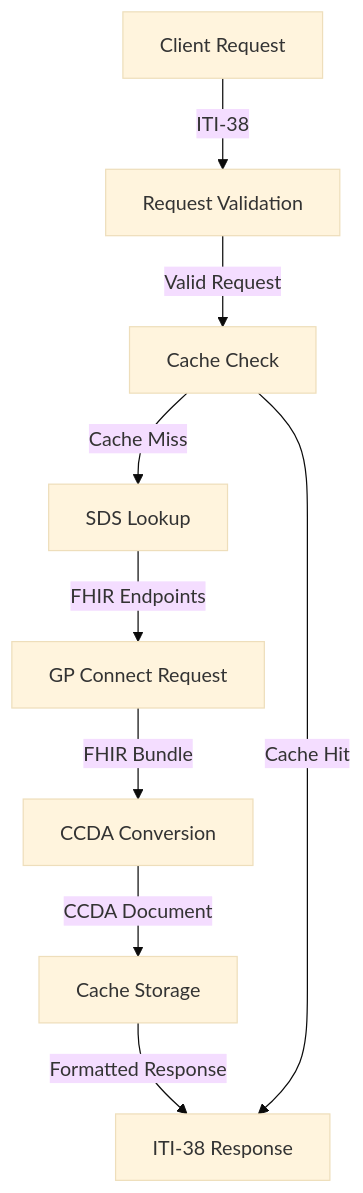
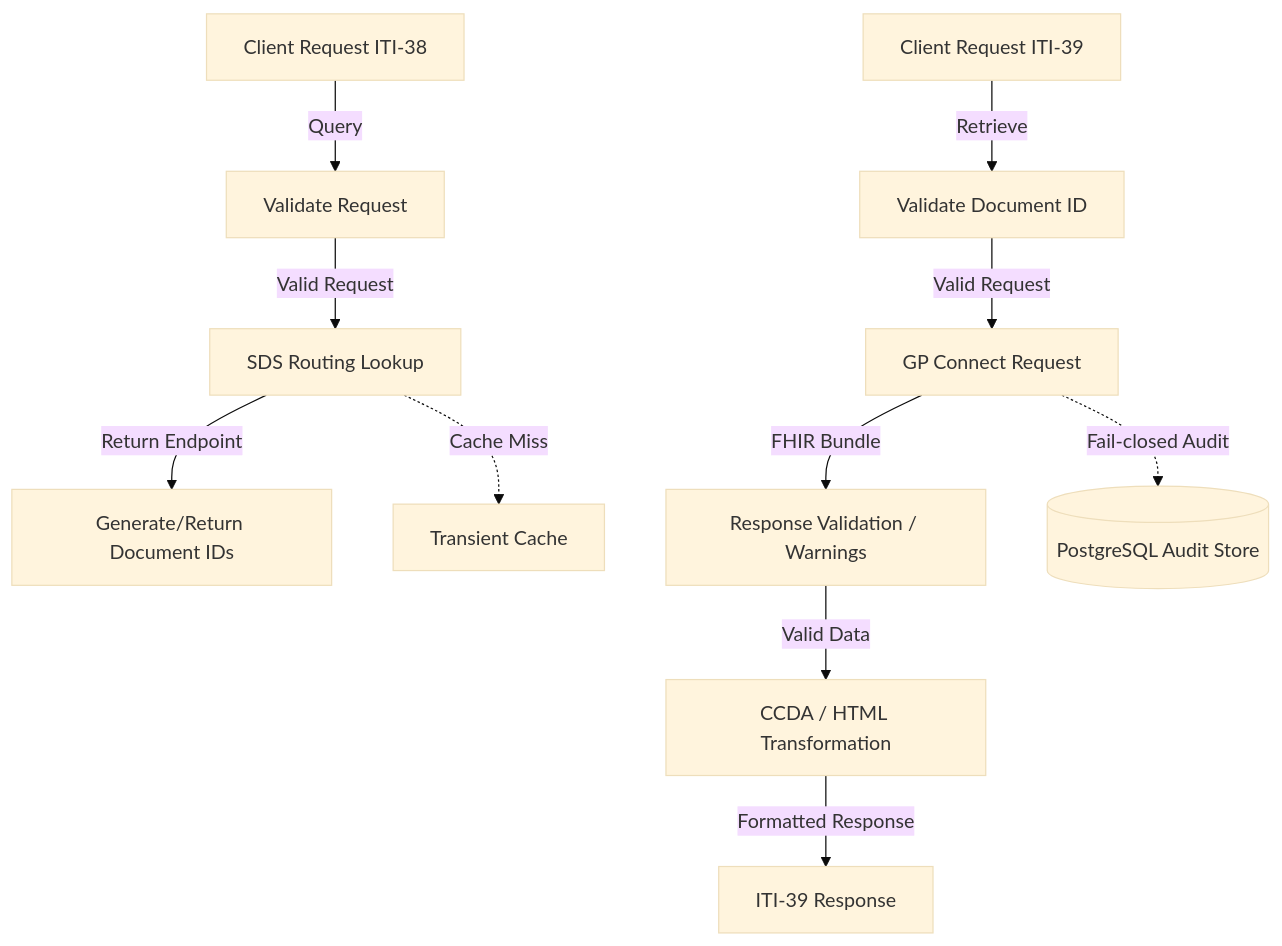
Before and after one commit to UCLH-Digital-Innovation-Hub/Xhuma: the second of 12 diagrams in docs/data_flow.md, drawn with Mermaid (base theme). The commit also changed other lines of this file and 2 other files, not shown here.

Commit message:
docs: sanitise generic resource names and align technical architecture flows

````diff
--- a/docs/data_flow.md
+++ b/docs/data_flow.md
@@ -18,11 +18,15 @@
 ```mermaid
 flowchart TD
-    A[Client Request] -->|ITI-38| B[Request Validation]
-    B -->|Valid Request| C[Cache Check]
-    C -->|Cache Miss| D[SDS Lookup]
-    D -->|FHIR Endpoints| E[GP Connect Request]
-    E -->|FHIR Bundle| F[CCDA Conversion]
-    F -->|CCDA Document| G[Cache Storage]
-    G -->|Formatted Response| H[ITI-38 Response]
-    C -->|Cache Hit| H
+    A[Client Request ITI-38] -->|Query| B[Validate Request]
+    B -->|Valid Request| C[SDS Routing Lookup]
+    C -->|Return Endpoint| D[Generate/Return Document IDs]
+    
+    E[Client Request ITI-39] -->|Retrieve| F[Validate Document ID]
+    F -->|Valid Request| G[GP Connect Request]
+    G -->|FHIR Bundle| H[Response Validation / Warnings]
+    H -->|Valid Data| I[CCDA / HTML Transformation]
+    I -->|Formatted Response| J[ITI-39 Response]
+    
+    C -.->|Cache Miss| Cache[Transient Cache]
+    G -.->|Fail-closed Audit| Audit[(PostgreSQL Audit Store)]
 ```
````
